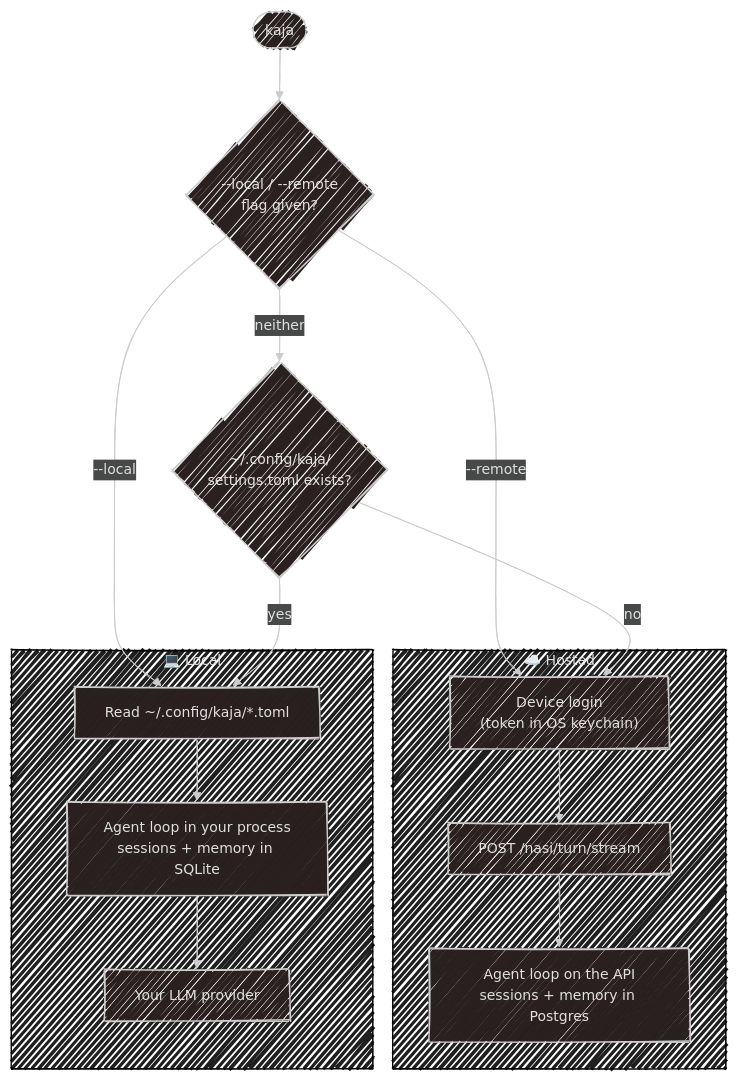
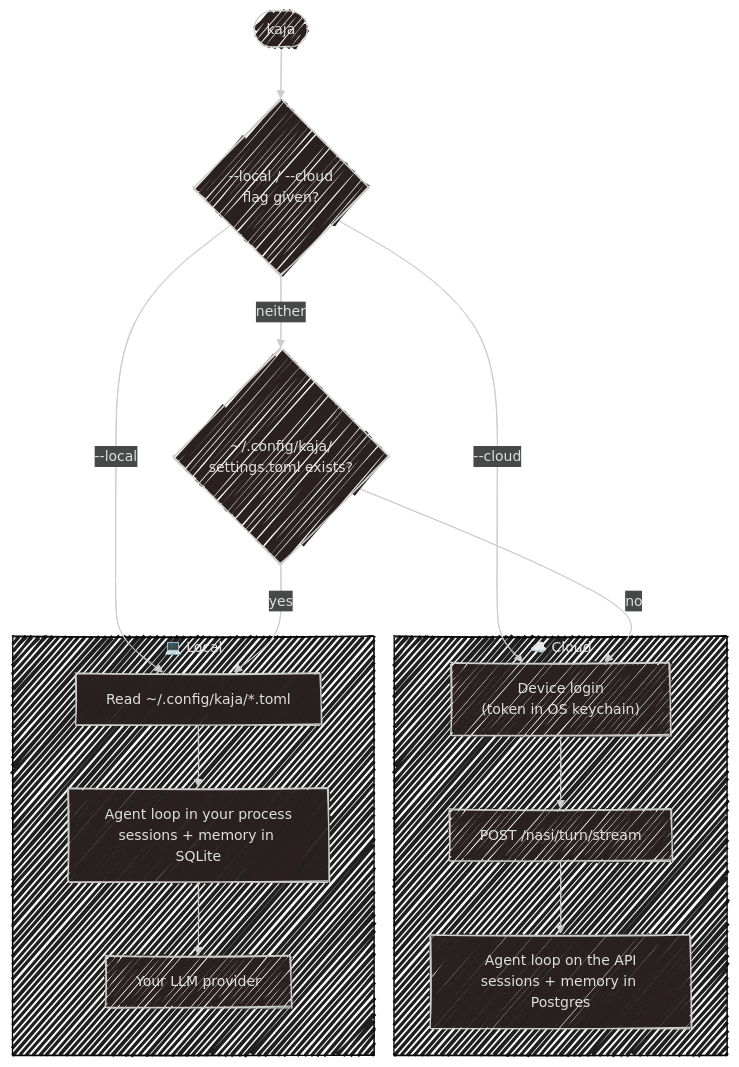
Before and after one commit to SubZtep/kaja: the diagram in docs/modes.md, drawn with Mermaid. The commit also changed other lines of this file and 74 other files, not shown here.

````diff
--- a/docs/modes.md
+++ b/docs/modes.md
@@ -11,24 +11,24 @@
 ```mermaid
 ---
 config:
   look: handDrawn
   theme: neo-dark
 ---
 flowchart TD
-    Start(["kaja"]) --> Flag{"--local / --remote<br>flag given?"}
+    Start(["kaja"]) --> Flag{"--local / --cloud<br>flag given?"}
     Flag -->|"--local"| Local
-    Flag -->|"--remote"| Hosted
+    Flag -->|"--cloud"| Cloud
     Flag -->|"neither"| Detect{"~/.config/kaja/<br>settings.toml exists?"}
     Detect -->|yes| Local
-    Detect -->|no| Hosted
+    Detect -->|no| Cloud
 
-    subgraph HostedBox["☁️ Hosted"]
-        Hosted["Device login<br>(token in OS keychain)"] --> NasiHTTP["POST /nasi/turn/stream"]
+    subgraph CloudBox["☁️ Cloud"]
+        Cloud["Device login<br>(token in OS keychain)"] --> NasiHTTP["POST /nasi/turn/stream"]
         NasiHTTP --> ServerLoop["Agent loop on the API<br>sessions + memory in Postgres"]
     end
 
     subgraph LocalBox["💻 Local"]
         Local["Read ~/.config/kaja/*.toml"] --> LocalLoop["Agent loop in your process<br>sessions + memory in SQLite"]
         LocalLoop --> Provider["Your LLM provider"]
     end
 ```
````
